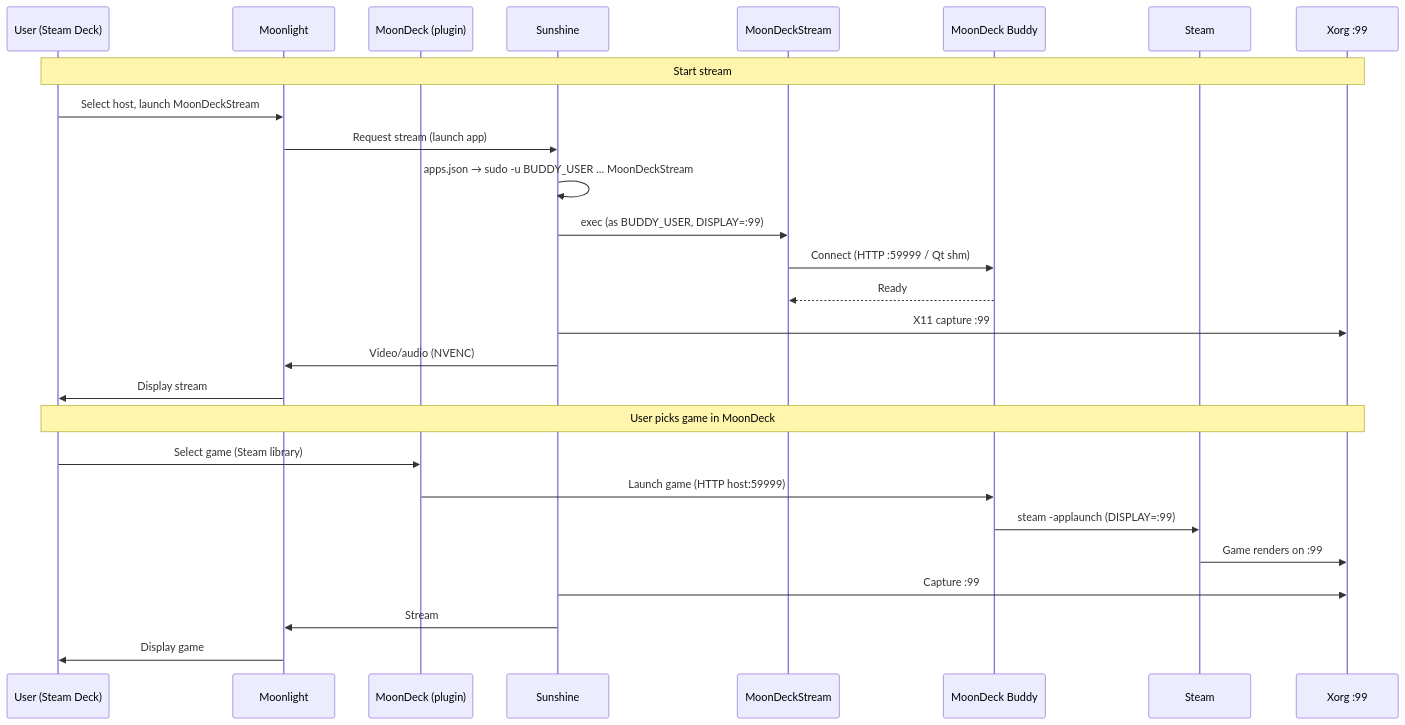
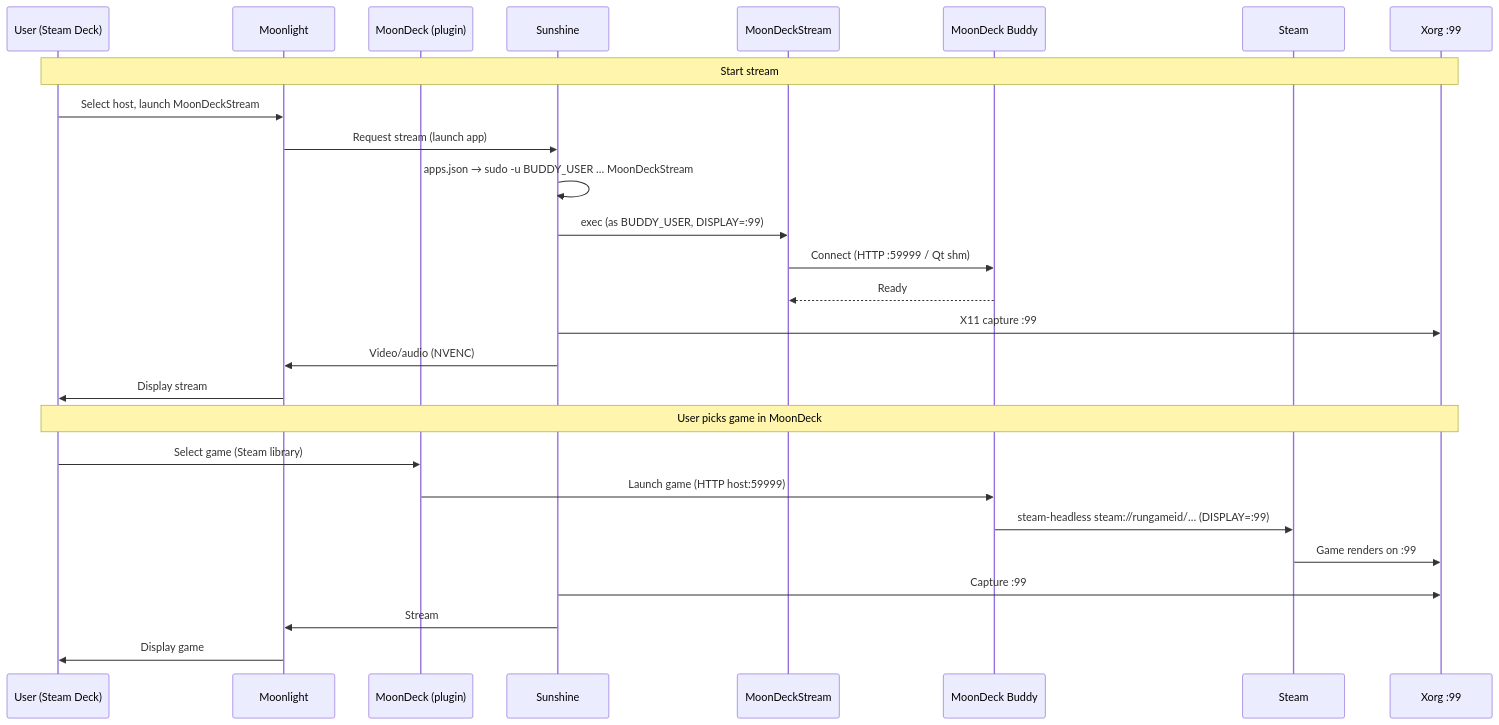
Before and after one commit to BenStringer3/StreamDeck2: the second of 2 diagrams in README.md, drawn with Mermaid. The commit also changed other lines of this file and 18 other files, not shown here.

````diff
--- a/README.md
+++ b/README.md
@@ -80,31 +80,31 @@
 ```mermaid
 sequenceDiagram
     participant User as User (Steam Deck)
     participant Moonlight as Moonlight
     participant MoonDeck as MoonDeck (plugin)
     participant Sunshine as Sunshine
     participant MDS as MoonDeckStream
     participant Buddy as MoonDeck Buddy
     participant Steam as Steam
     participant Xorg as Xorg :99
 
     Note over User,Xorg: Start stream
     User->>Moonlight: Select host, launch MoonDeckStream
     Moonlight->>Sunshine: Request stream (launch app)
     Sunshine->>Sunshine: apps.json → sudo -u BUDDY_USER … MoonDeckStream
     Sunshine->>MDS: exec (as BUDDY_USER, DISPLAY=:99)
     MDS->>Buddy: Connect (HTTP :59999 / Qt shm)
     Buddy-->>MDS: Ready
     Sunshine->>Xorg: X11 capture :99
     Sunshine->>Moonlight: Video/audio (NVENC)
     Moonlight->>User: Display stream
 
     Note over User,Xorg: User picks game in MoonDeck
     User->>MoonDeck: Select game (Steam library)
     MoonDeck->>Buddy: Launch game (HTTP host:59999)
-    Buddy->>Steam: steam -applaunch (DISPLAY=:99)
+    Buddy->>Steam: steam-headless steam://rungameid/… (DISPLAY=:99)
     Steam->>Xorg: Game renders on :99
     Sunshine->>Xorg: Capture :99
     Sunshine->>Moonlight: Stream
     Moonlight->>User: Display game
 ```
````
